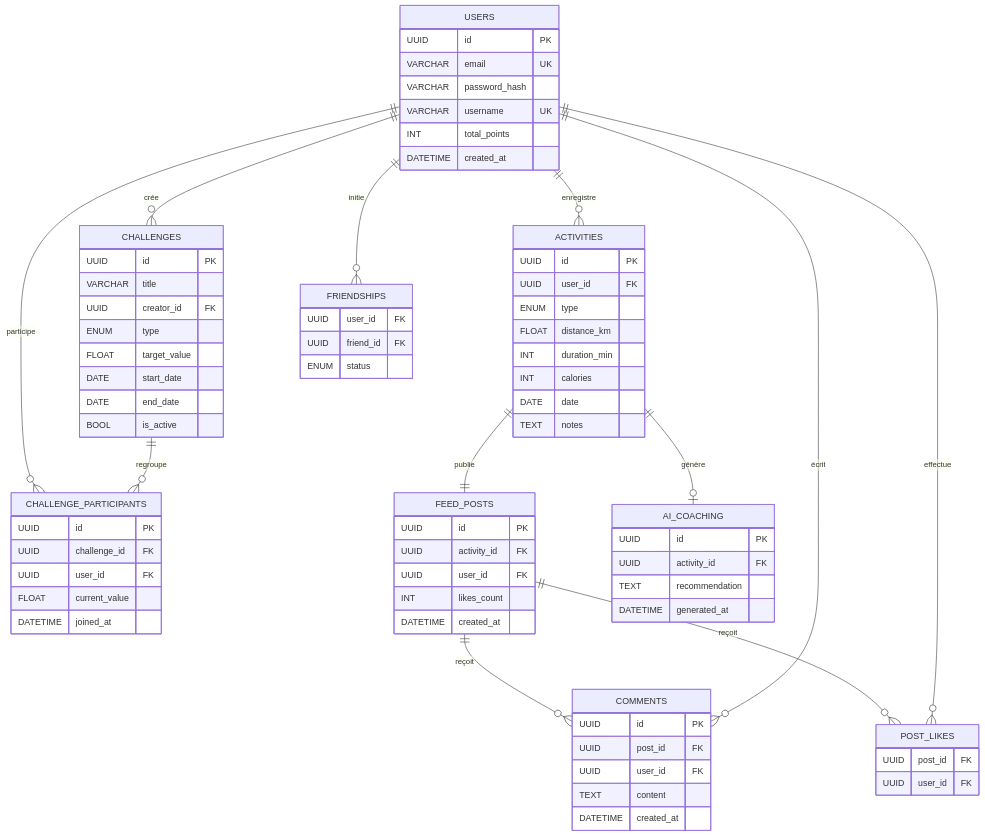
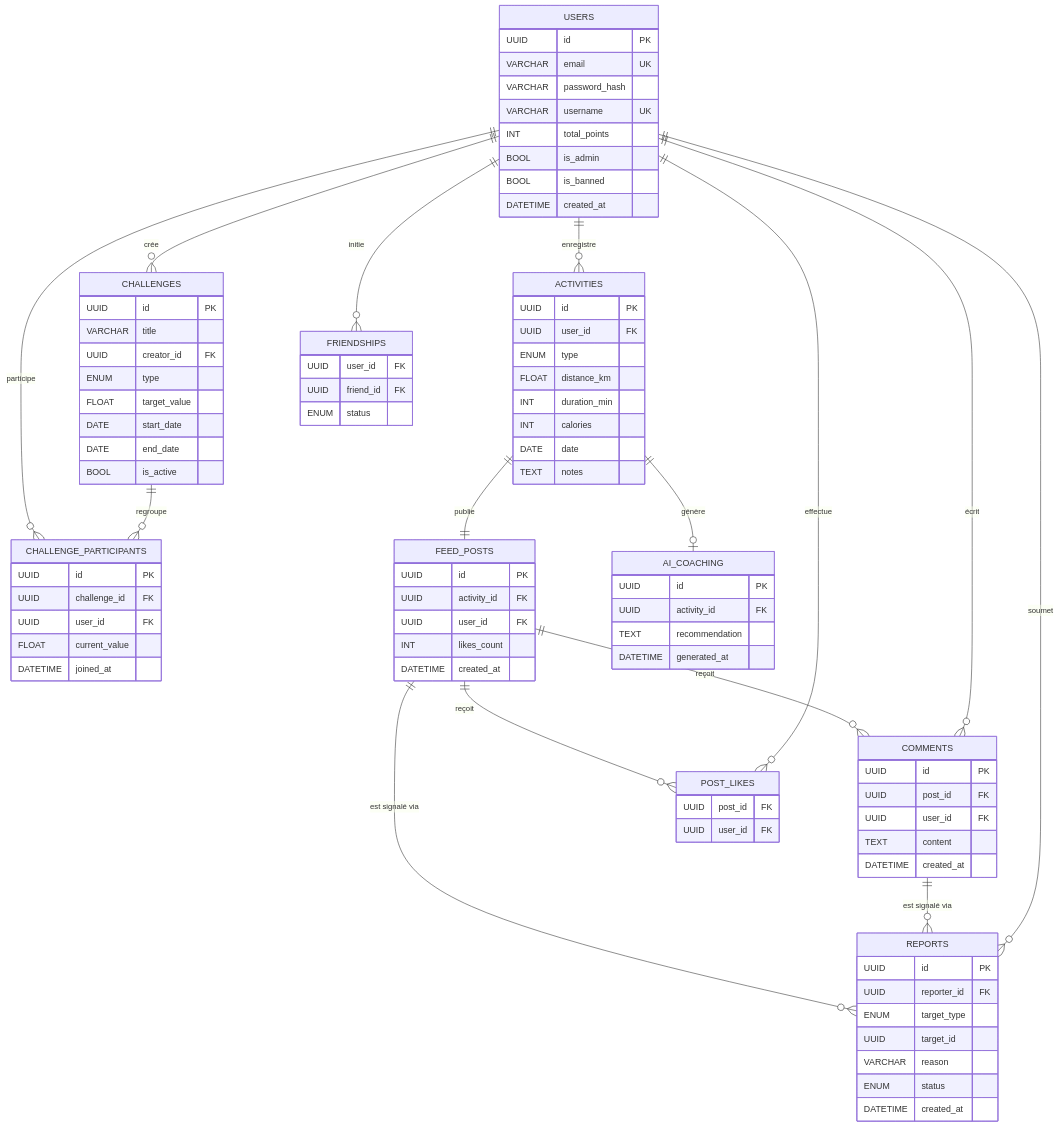
One commit to arthurmoulard/Sweelo_APP changed the third of 10 diagrams in README.md. Above: the diagram before and after it, drawn with Mermaid. The commit also changed other lines of this file, not shown here.

````diff
--- a/README.md
+++ b/README.md
@@ -245,6 +276,8 @@
         VARCHAR password_hash
         VARCHAR username UK
         INT total_points
+        BOOL is_admin
+        BOOL is_banned
         DATETIME created_at
     }
 
@@ -312,6 +345,16 @@
         DATETIME generated_at
     }
 
+    REPORTS {
+        UUID id PK
+        UUID reporter_id FK
+        ENUM target_type
+        UUID target_id
+        VARCHAR reason
+        ENUM status
+        DATETIME created_at
+    }
+
     USERS ||--o{ ACTIVITIES : "enregistre"
     USERS ||--o{ CHALLENGES : "crée"
     USERS ||--o{ CHALLENGE_PARTICIPANTS : "participe"
@@ -320,7 +363,10 @@
     ACTIVITIES ||--o| AI_COACHING : "génère"
     FEED_POSTS ||--o{ COMMENTS : "reçoit"
     FEED_POSTS ||--o{ POST_LIKES : "reçoit"
+    FEED_POSTS ||--o{ REPORTS : "est signalé via"
+    COMMENTS ||--o{ REPORTS : "est signalé via"
     USERS ||--o{ POST_LIKES : "effectue"
     USERS ||--o{ COMMENTS : "écrit"
     USERS ||--o{ FRIENDSHIPS : "initie"
+    USERS ||--o{ REPORTS : "soumet"
 ```
````
